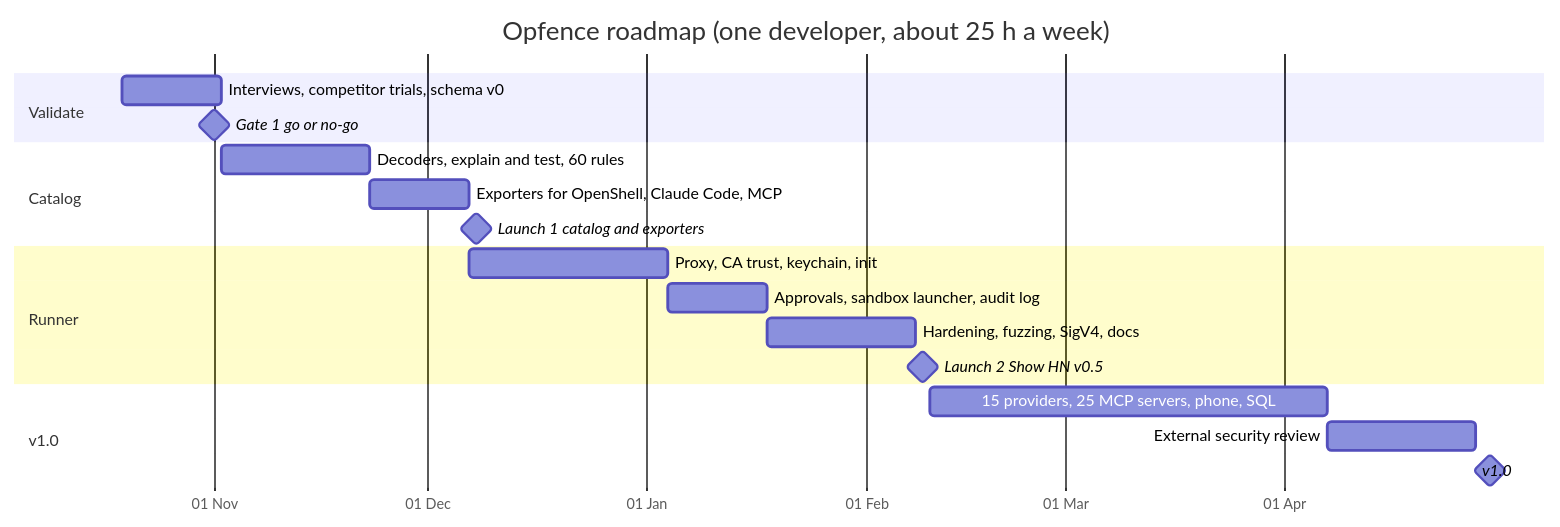
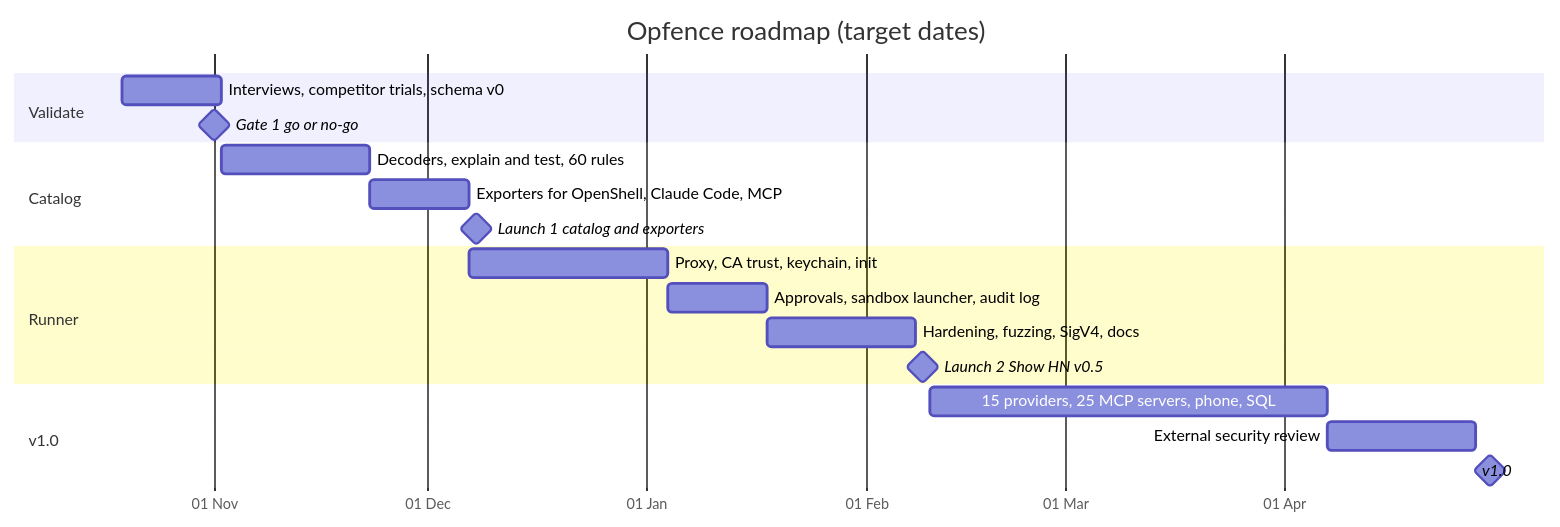
One commit to rakeshnitb23/opfence changed the third of 3 diagrams in docs/PLAN.md. Above: the diagram before and after it, drawn with Mermaid. The commit also changed other lines of this file, not shown here.

Commit message:
Drop weekly-hours assumptions from the roadmap

````diff
--- a/docs/PLAN.md
+++ b/docs/PLAN.md
@@ -388,22 +388,22 @@
 ```mermaid
 gantt
-  title Opfence roadmap (one developer, about 25 h a week)
+  title Opfence roadmap (target dates)
   dateFormat YYYY-MM-DD
   axisFormat %d %b
   section Validate
   Interviews, competitor trials, schema v0        :a1, 2026-10-19, 14d
   Gate 1 go or no-go                              :milestone, g1, 2026-11-01, 0d
   section Catalog
   Decoders, explain and test, 60 rules            :a2, 2026-11-02, 21d
   Exporters for OpenShell, Claude Code, MCP       :a3, 2026-11-23, 14d
   Launch 1 catalog and exporters                  :milestone, l1, 2026-12-08, 0d
   section Runner
   Proxy, CA trust, keychain, init                 :a4, 2026-12-07, 28d
   Approvals, sandbox launcher, audit log          :a5, 2027-01-04, 14d
   Hardening, fuzzing, SigV4, docs                 :a6, 2027-01-18, 21d
   Launch 2 Show HN v0.5                           :milestone, l2, 2027-02-09, 0d
   section v1.0
   15 providers, 25 MCP servers, phone, SQL        :a7, 2027-02-10, 56d
   External security review                        :a8, 2027-04-07, 21d
   v1.0                                            :milestone, v1, 2027-04-30, 0d
 ```
````
